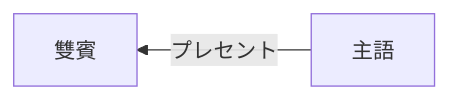
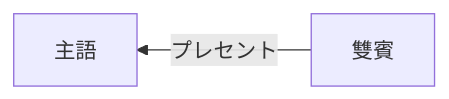
One commit to mondaiya/source changed the third of 3 diagrams in content/posts/jyu-jyu-dou-si/index.md. Above: the diagram before and after it, drawn with Mermaid. The commit also changed 14 other files, not shown here.

```diff
--- a/content/posts/jyu-jyu-dou-si/index.md
+++ b/content/posts/jyu-jyu-dou-si/index.md
@@ -64,4 +64,4 @@
 {{< mermaid >}}
 graph RL
-    主語--プレセント-->雙賓
+    雙賓--プレセント-->主語
 {{</ mermaid >}}
```
